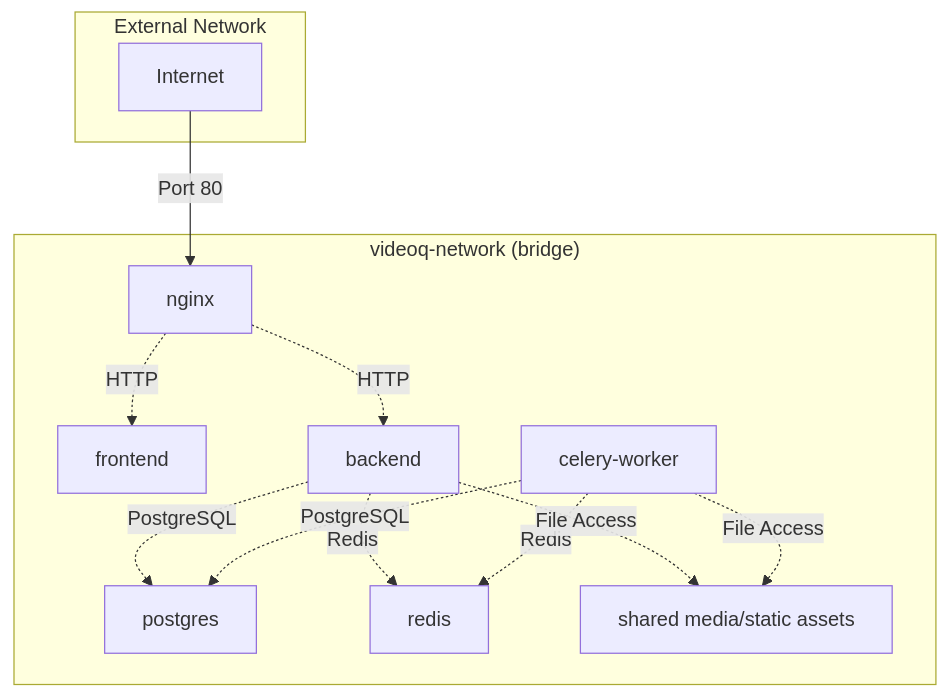
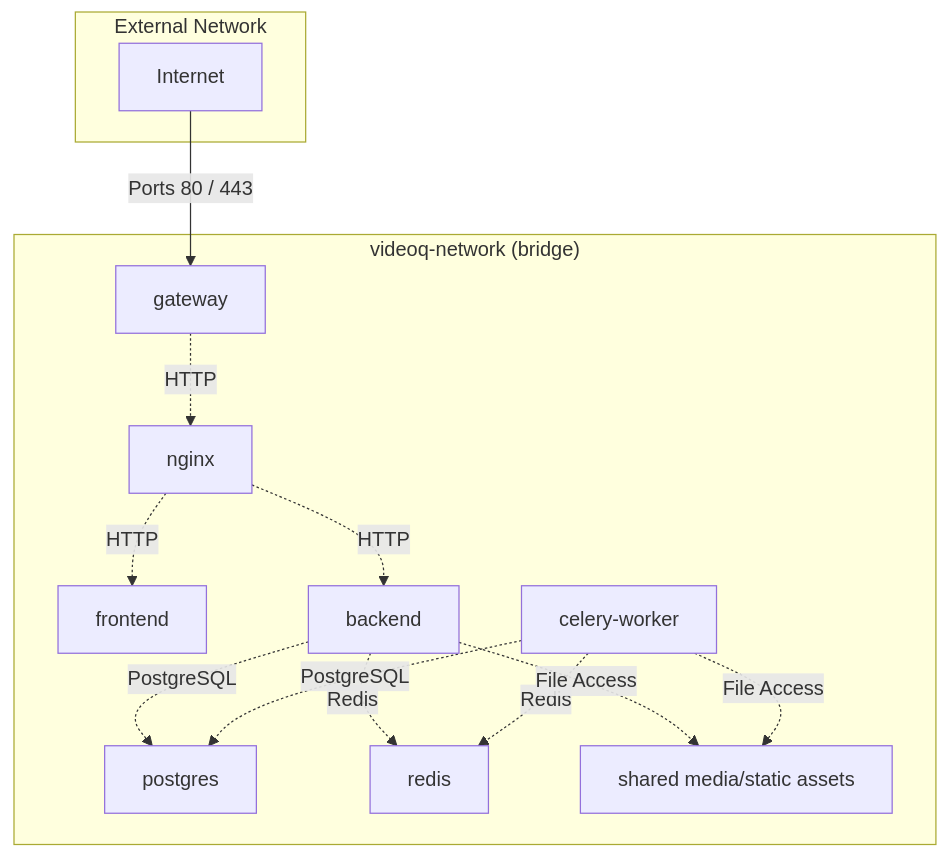
One commit to yukiharada1228/videoq changed the third of 7 diagrams in docs/design/deployment-diagram.md. Above: the diagram before and after it, drawn with Mermaid. The commit also changed other lines of this file and 12 other files, not shown here.

Commit message:
docs: update system design, sequence diagrams, database schemas, and requirements docs

````diff
--- a/docs/design/deployment-diagram.md
+++ b/docs/design/deployment-diagram.md
@@ -118,27 +125,29 @@
 ```mermaid
 graph TB
     subgraph Network["videoq-network (bridge)"]
+        N0[gateway]
         N1[nginx]
         N2[frontend]
         N3[backend]
         N4[celery-worker]
         N5[postgres]
         N6[redis]
         M1[shared media/static assets]
     end
     
+    N0 -.->|HTTP| N1
     N1 -.->|HTTP| N2
     N1 -.->|HTTP| N3
     N3 -.->|PostgreSQL| N5
     N3 -.->|Redis| N6
     N4 -.->|Redis| N6
     N4 -.->|PostgreSQL| N5
     N3 -.->|File Access| M1
     N4 -.->|File Access| M1
     
     subgraph ExternalNetwork["External Network"]
         Internet[Internet]
     end
     
-    Internet -->|Port 80| N1
+    Internet -->|Ports 80 / 443| N0
 ```
````
